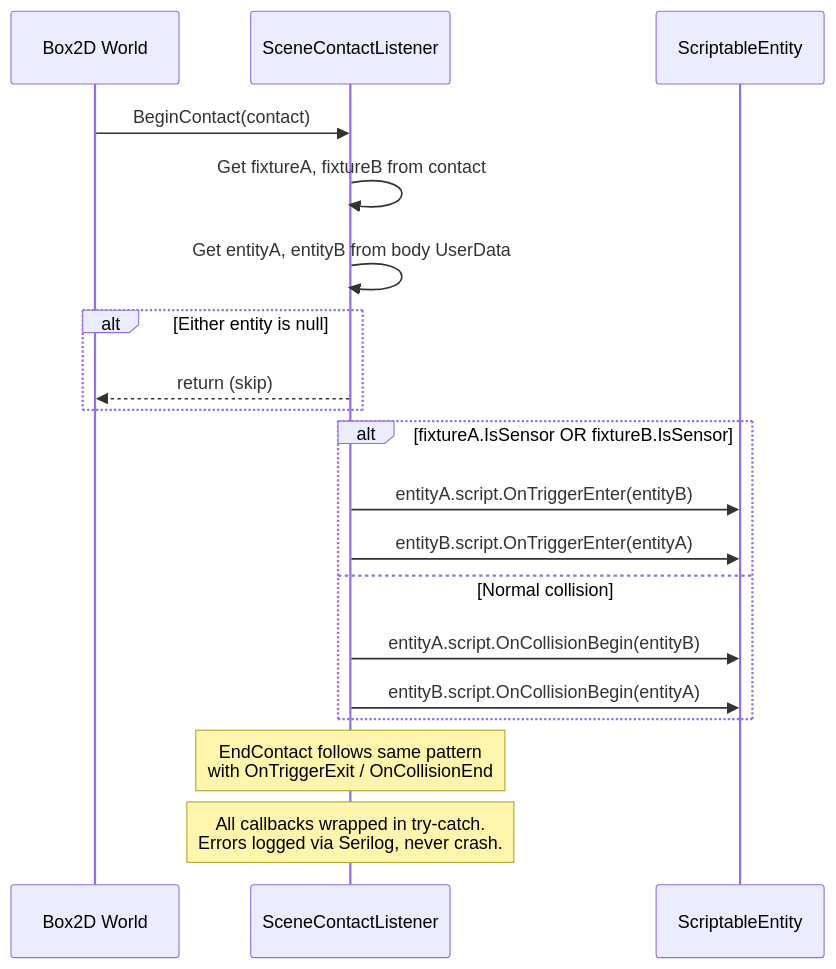
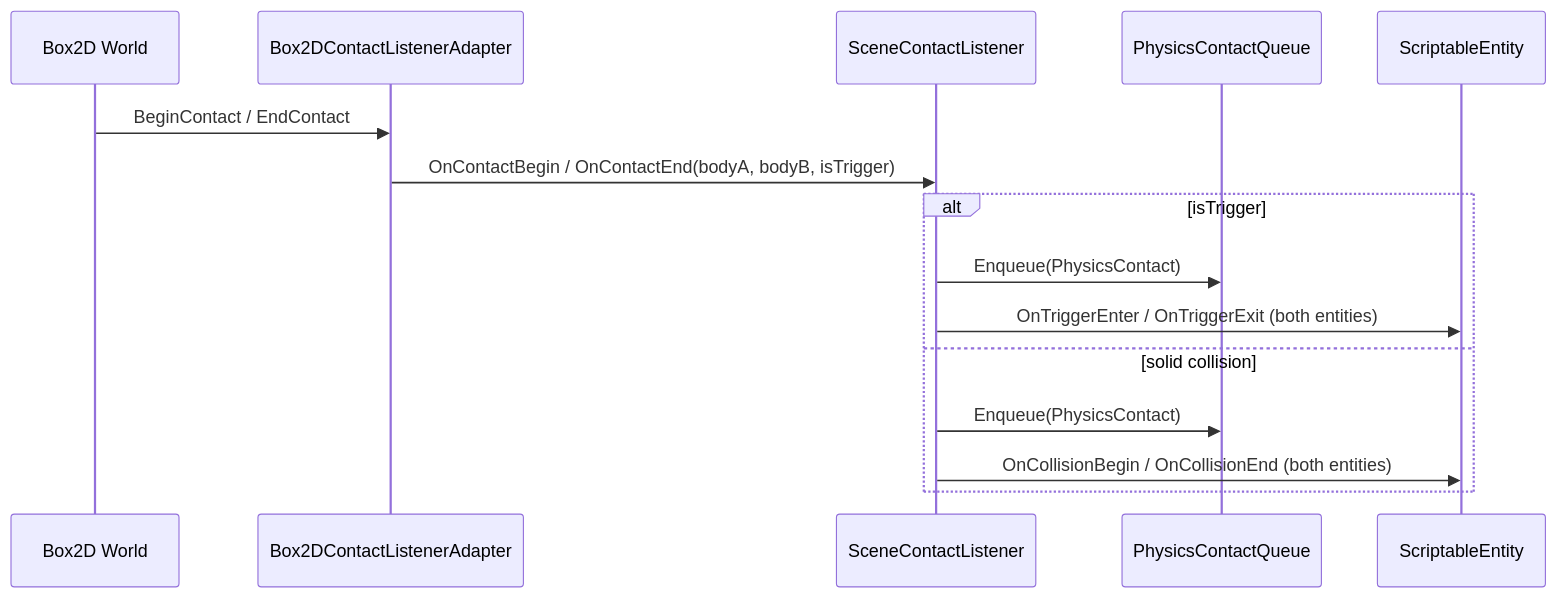
One commit to kateusz/GameEngine changed the fourth of 4 diagrams in docs/architecture/physics-system.md. Above: the diagram before and after it, drawn with Mermaid. The commit also changed other lines of this file and 25 other files, not shown here.

````diff
--- a/docs/architecture/physics-system.md
+++ b/docs/architecture/physics-system.md
@@ -152,26 +215,19 @@
 ```mermaid
 sequenceDiagram
     participant W as Box2D World
+    participant A as Box2DContactListenerAdapter
     participant CL as SceneContactListener
+    participant Q as PhysicsContactQueue
     participant SE as ScriptableEntity
 
-    W->>CL: BeginContact(contact)
-    CL->>CL: Get fixtureA, fixtureB from contact
-    CL->>CL: Get entityA, entityB from body UserData
+    W->>A: BeginContact / EndContact
+    A->>CL: OnContactBegin / OnContactEnd(bodyA, bodyB, isTrigger)
 
-    alt Either entity is null
-        CL-->>W: return (skip)
+    alt isTrigger
+        CL->>Q: Enqueue(PhysicsContact)
+        CL->>SE: OnTriggerEnter / OnTriggerExit (both entities)
+    else solid collision
+        CL->>Q: Enqueue(PhysicsContact)
+        CL->>SE: OnCollisionBegin / OnCollisionEnd (both entities)
     end
-
-    alt fixtureA.IsSensor OR fixtureB.IsSensor
-        CL->>SE: entityA.script.OnTriggerEnter(entityB)
-        CL->>SE: entityB.script.OnTriggerEnter(entityA)
-    else Normal collision
-        CL->>SE: entityA.script.OnCollisionBegin(entityB)
-        CL->>SE: entityB.script.OnCollisionBegin(entityA)
-    end
-
-    Note over CL: EndContact follows same pattern<br/>with OnTriggerExit / OnCollisionEnd
-
-    Note over CL: All callbacks wrapped in try-catch.<br/>Errors logged via Serilog, never crash.
 ```
````
